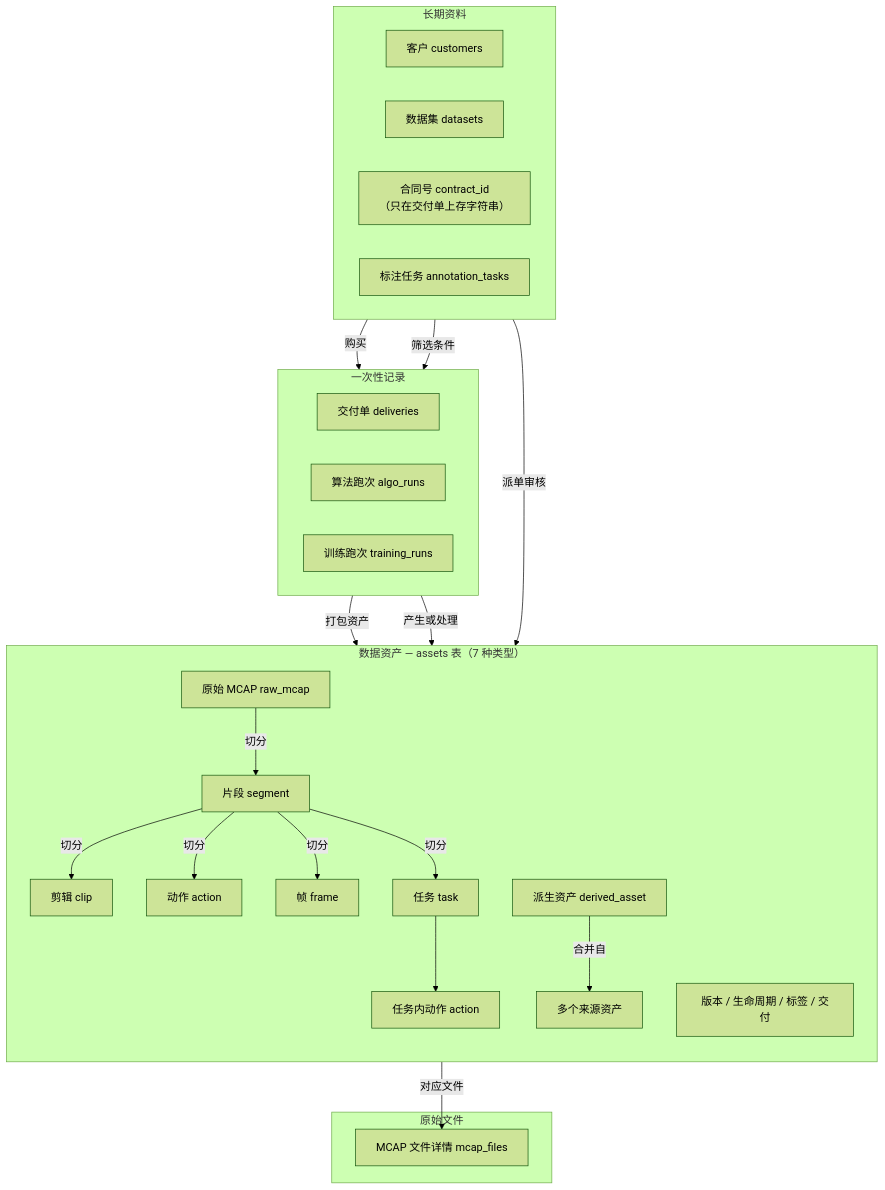
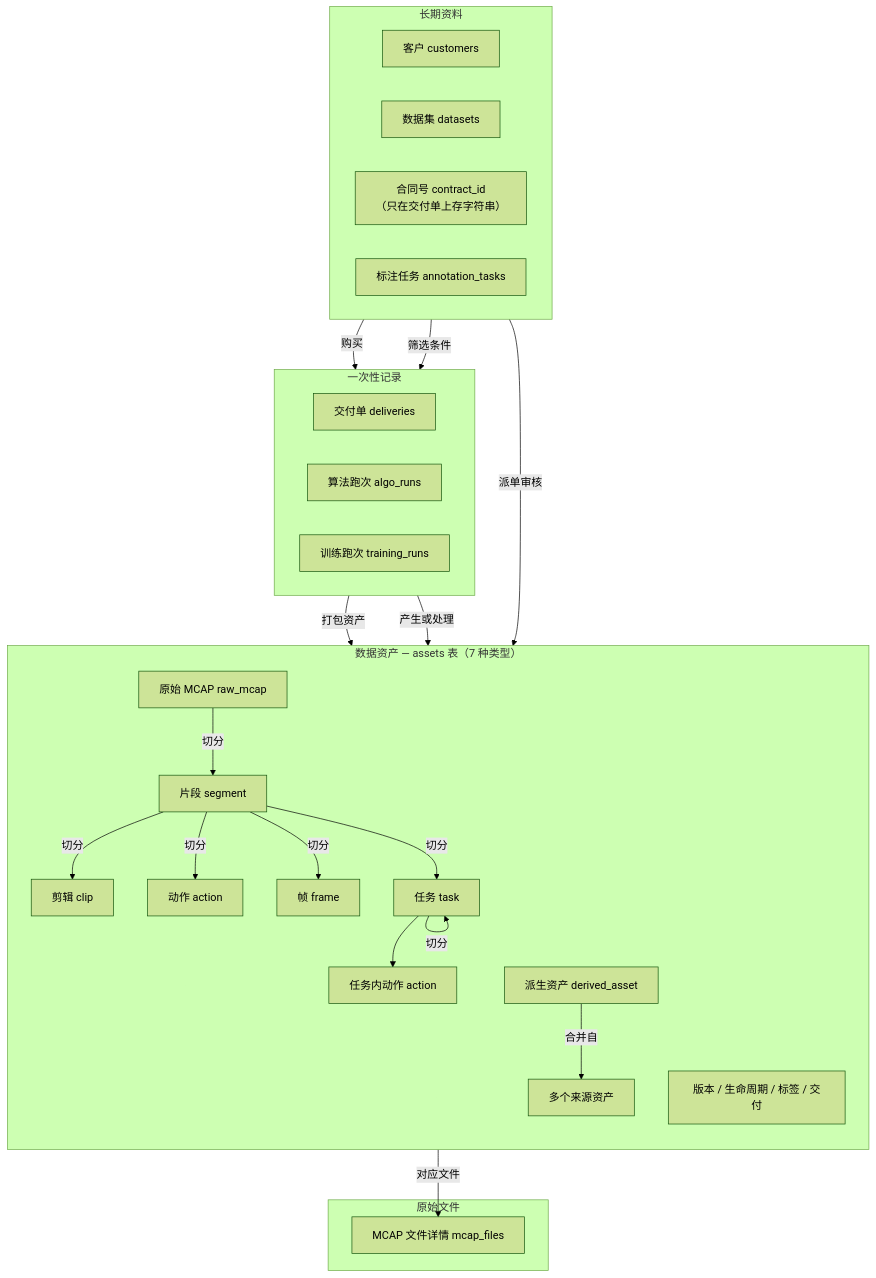
The diagram in docs/review/unified-asset-catalog/README.md (rouse2617/Databricks4robot), drawn with Mermaid (forest theme) before and after one commit. The commit also changed 1 other file, not shown here.

Commit message:
docs: correct task hierarchy — allow task-to-task nesting in unified-asset-catalog
L5 rule, hierarchy diagram, and "两条硬规矩" updated to reflect
that task assets can recursively contain subtasks (not just action).

````diff
--- a/docs/review/unified-asset-catalog/README.md
+++ b/docs/review/unified-asset-catalog/README.md
@@ -54,52 +54,53 @@
 ```mermaid
 flowchart TB
   subgraph br["长期资料"]
     direction LR
     customers["客户 customers"]
     datasets["数据集 datasets"]
     contracts["合同号 contract_id<br/>（只在交付单上存字符串）"]
     annotation_tasks["标注任务 annotation_tasks"]
   end
 
   subgraph ee["一次性记录"]
     direction LR
     deliveries["交付单 deliveries"]
     algo_runs["算法跑次 algo_runs"]
     training_runs["训练跑次 training_runs"]
   end
 
   subgraph as["数据资产 — assets 表（7 种类型）"]
     direction TB
     raw_mcap["原始 MCAP raw_mcap"]
     segment["片段 segment"]
     clip["剪辑 clip"]
     action_l2["动作 action"]
     frame["帧 frame"]
     task_asset["任务 task"]
     action_l3["任务内动作 action"]
     derived_asset["派生资产 derived_asset"]
     sources["多个来源资产"]
 
     raw_mcap -->|切分| segment
     segment -->|切分| clip
     segment -->|切分| action_l2
     segment -->|切分| frame
     segment -->|切分| task_asset
+    task_asset -->|切分| task_asset
     task_asset --> action_l3
     derived_asset -->|合并自| sources
     mechanisms["版本 / 生命周期 / 标签 / 交付"]
   end
 
   subgraph pf["原始文件"]
     mcap_files["MCAP 文件详情 mcap_files"]
   end
 
   customers -->|购买| deliveries
   datasets -->|筛选条件| algo_runs
   annotation_tasks -->|派单审核| action_l2
 
   deliveries -->|打包资产| raw_mcap
   algo_runs -->|产生或处理| raw_mcap
 
   raw_mcap -->|对应文件| mcap_files
 ```
````
